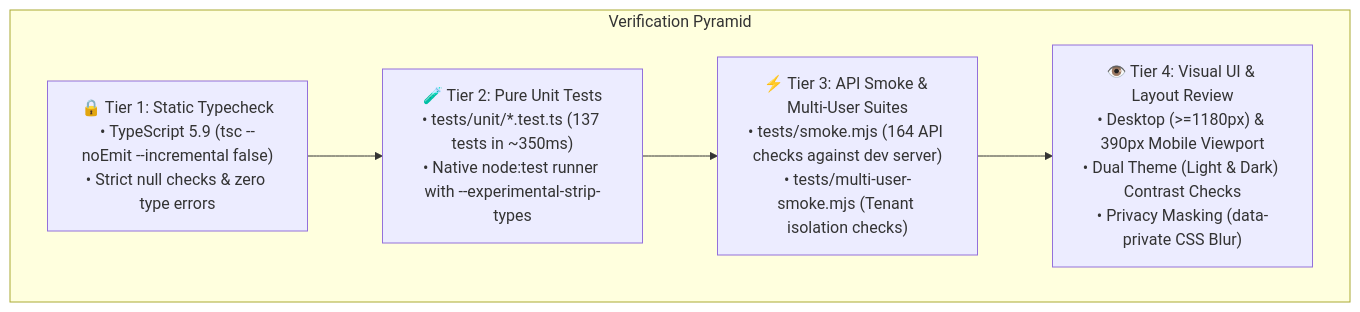
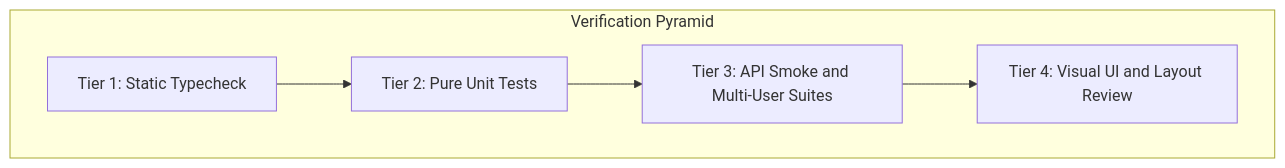
One commit to akazad13/pocket changed the diagram in docs/TESTING.md. Above: the diagram before and after it, drawn with Mermaid. The commit also changed 4 other files, not shown here.

Commit message:
fix(docs): resolve Mermaid parser syntax errors across documentation

````diff
--- a/docs/TESTING.md
+++ b/docs/TESTING.md
@@ -12,13 +12,13 @@
 ```mermaid
 flowchart TD
     subgraph Pyramid ["Verification Pyramid"]
-        T4["👁️ Tier 4: Visual UI & Layout Review<br/>• Desktop (>=1180px) & 390px Mobile Viewport<br/>• Dual Theme (Light & Dark) Contrast Checks<br/>• Privacy Masking (data-private CSS Blur)"]
-        T3["⚡ Tier 3: API Smoke & Multi-User Suites<br/>• tests/smoke.mjs (164 API checks against dev server)<br/>• tests/multi-user-smoke.mjs (Tenant isolation checks)"]
-        T2["🧪 Tier 2: Pure Unit Tests<br/>• tests/unit/*.test.ts (137 tests in ~350ms)<br/>• Native node:test runner with --experimental-strip-types"]
-        T1["🔒 Tier 1: Static Typecheck<br/>• TypeScript 5.9 (tsc --noEmit --incremental false)<br/>• Strict null checks & zero type errors"]
+        T4["Tier 4: Visual UI and Layout Review"]
+        T3["Tier 3: API Smoke and Multi-User Suites"]
+        T2["Tier 2: Pure Unit Tests"]
+        T1["Tier 1: Static Typecheck"]
     end
 
     T1 --> T2
     T2 --> T3
     T3 --> T4
 ```
````
